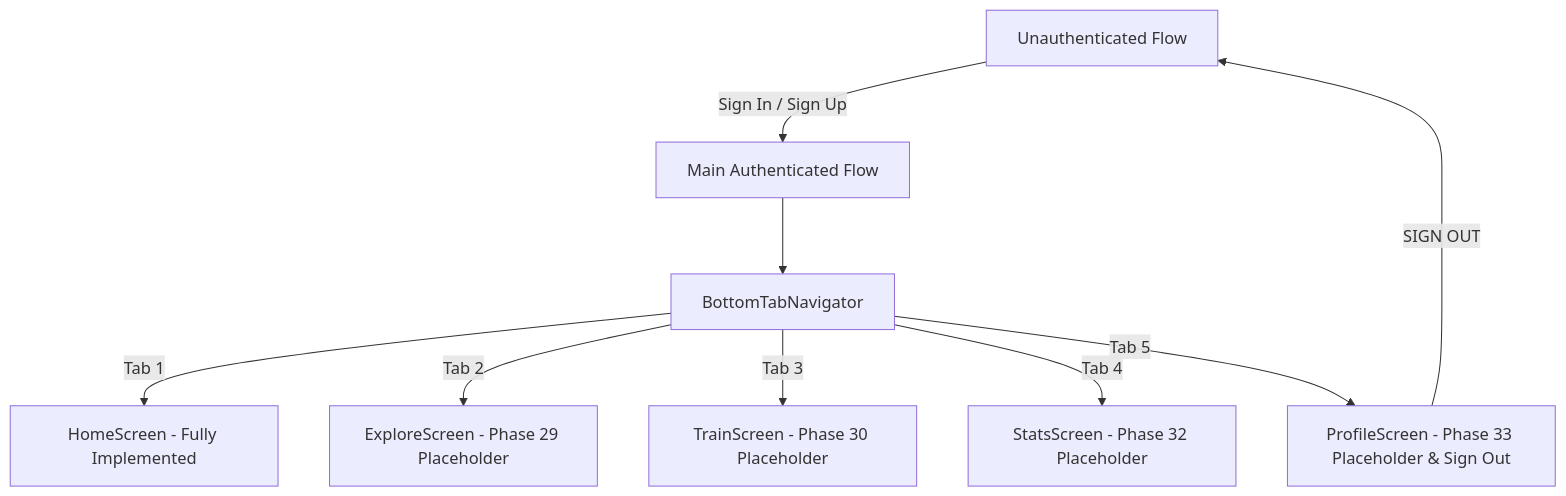
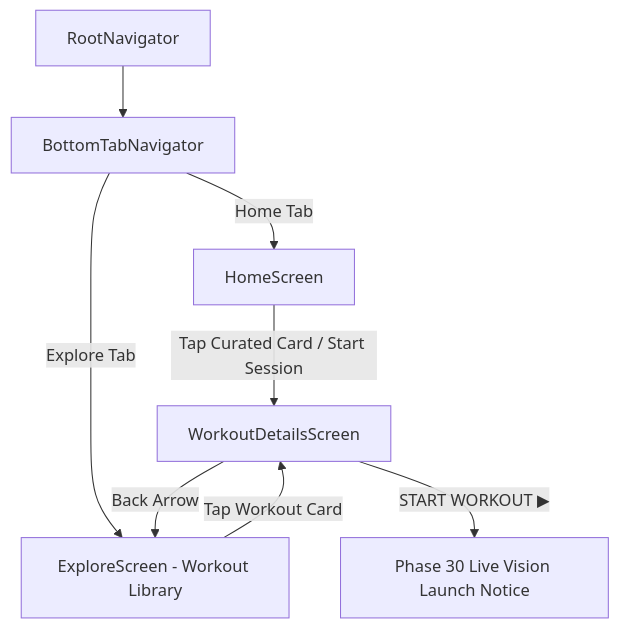
One commit to HarshitJain26-2/Kinetra changed the diagram in docs/MOBILE_PROGRESS.md. Above: the diagram before and after it, drawn with Mermaid. The commit also changed other lines of this file and 10 other files, not shown here.

Commit message:
feat(mobile): build workout library and details

````diff
--- a/docs/MOBILE_PROGRESS.md
+++ b/docs/MOBILE_PROGRESS.md
@@ -81,11 +84,10 @@
 ```mermaid
 graph TD
-    A[Unauthenticated Flow] -->|Sign In / Sign Up| B[Main Authenticated Flow]
-    B --> C[BottomTabNavigator]
-    C -->|Tab 1| D[HomeScreen - Fully Implemented]
-    C -->|Tab 2| E[ExploreScreen - Phase 29 Placeholder]
-    C -->|Tab 3| F[TrainScreen - Phase 30 Placeholder]
-    C -->|Tab 4| G[StatsScreen - Phase 32 Placeholder]
-    C -->|Tab 5| H[ProfileScreen - Phase 33 Placeholder & Sign Out]
-    H -->|SIGN OUT| A
+    A[RootNavigator] --> B[BottomTabNavigator]
+    B -->|Home Tab| C[HomeScreen]
+    B -->|Explore Tab| D[ExploreScreen - Workout Library]
+    C -->|Tap Curated Card / Start Session| E[WorkoutDetailsScreen]
+    D -->|Tap Workout Card| E
+    E -->|Back Arrow| D
+    E -->|START WORKOUT ▶| F[Phase 30 Live Vision Launch Notice]
 ```
````
